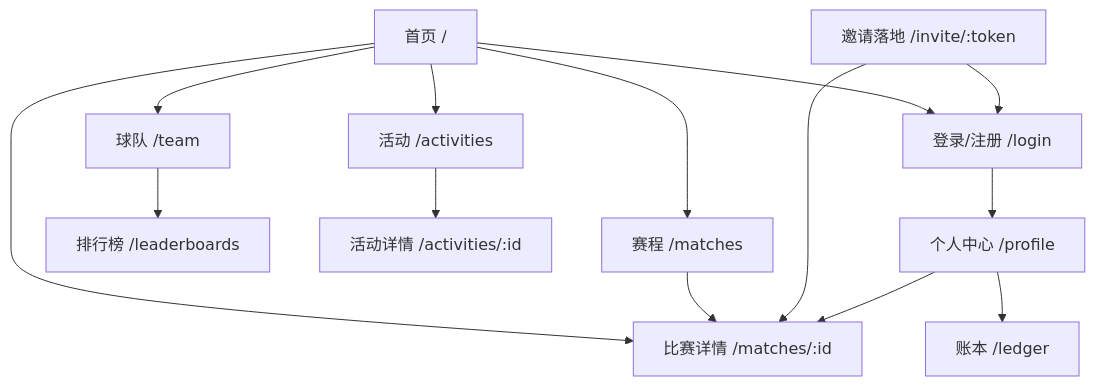
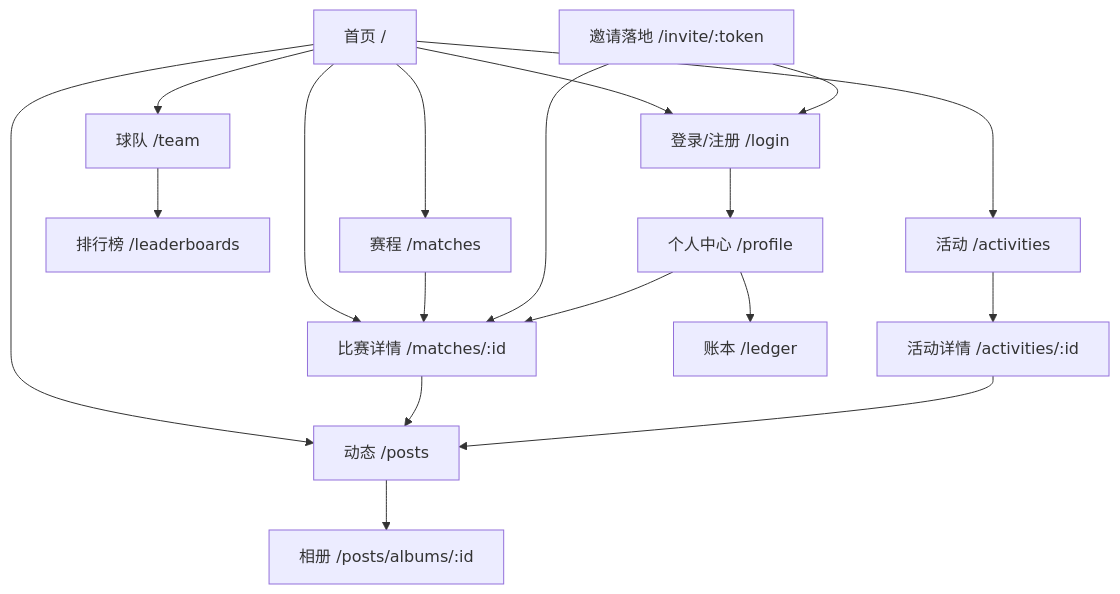
One commit to zhouyacheng/yunhefc changed the first of 10 diagrams in docs/design/02.页面结构与交互设计.md. Above: the diagram before and after it, drawn with Mermaid. The commit also changed other lines of this file and 40 other files, not shown here.

````diff
--- a/docs/design/02.页面结构与交互设计.md
+++ b/docs/design/02.页面结构与交互设计.md
@@ -26,16 +26,20 @@
 ```mermaid
 flowchart TD
   Home[首页 /] --> Matches[赛程 /matches]
   Home --> MatchDetail[比赛详情 /matches/:id]
   Matches --> MatchDetail
   Home --> Team[球队 /team]
   Team --> Leaderboard[排行榜 /leaderboards]
   Home --> Activities[活动 /activities]
   Activities --> ActivityDetail[活动详情 /activities/:id]
+  Home --> Content[动态 /posts]
+  Content --> AlbumDetail[相册 /posts/albums/:id]
+  MatchDetail --> Content
+  ActivityDetail --> Content
   Profile --> Ledger[账本 /ledger]
   Home --> Login[登录/注册 /login]
   Login --> Profile[个人中心 /profile]
   Invite[邀请落地 /invite/:token] --> Login
   Invite --> MatchDetail
   Profile --> MatchDetail
 ```
````
